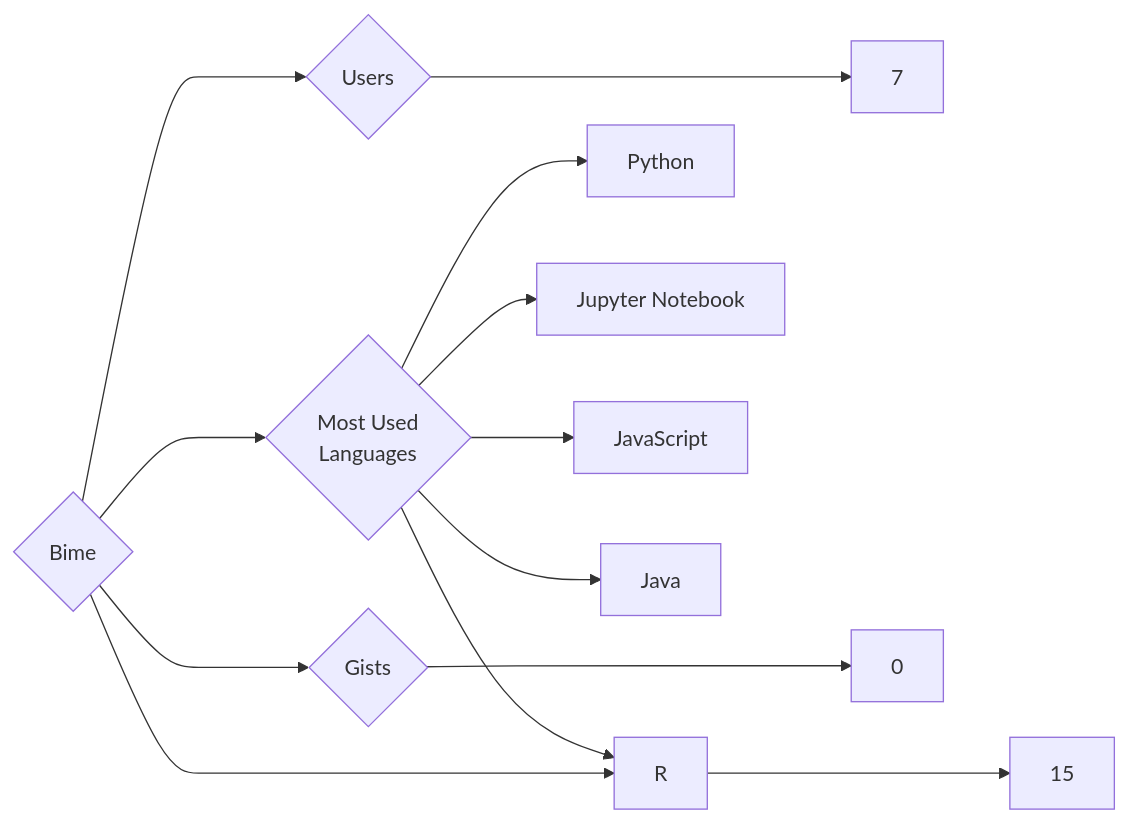
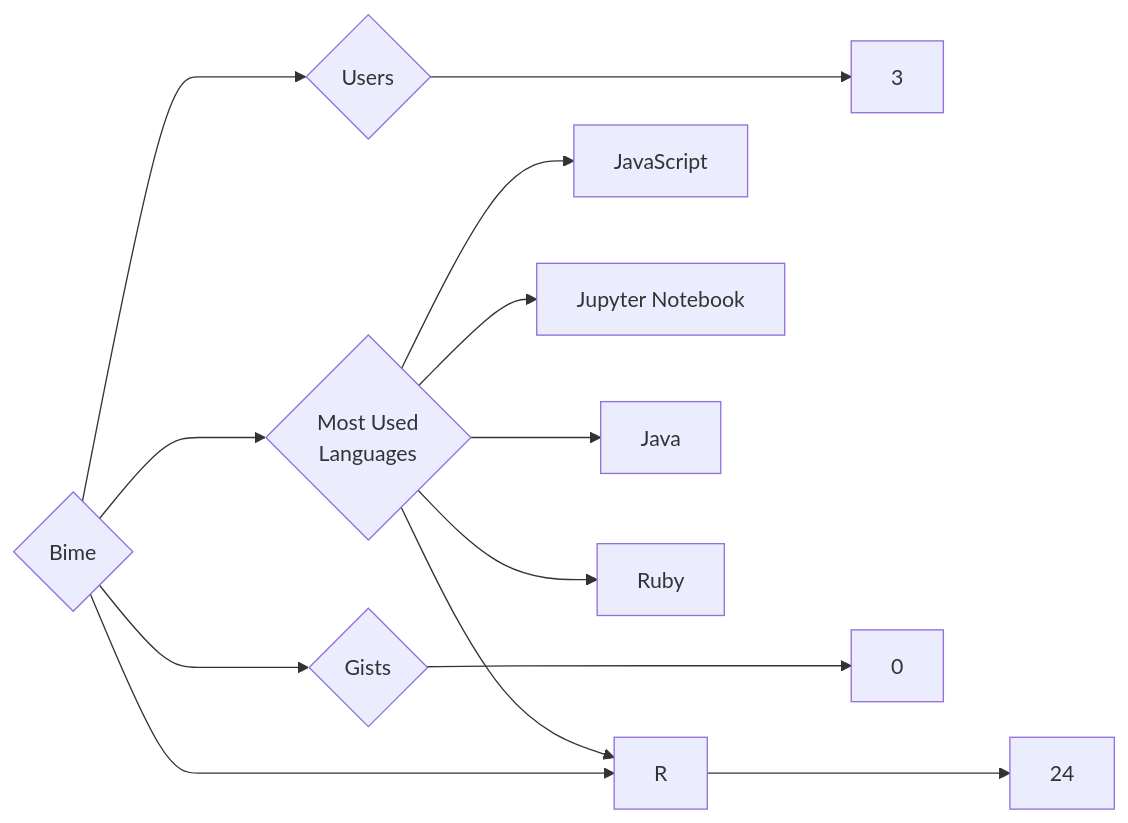
Before and after one commit to trickest/insiders: the diagram in targets/Bime/README.md, drawn with Mermaid. The commit also changed 1084 other files, not shown here.

````diff
--- a/targets/Bime/README.md
+++ b/targets/Bime/README.md
@@ -3,13 +3,13 @@
 ```mermaid
 graph LR
 COMPANY_NAME{Bime}
-COMPANY_NAME ---> U{Users} ---> UN[7]
-COMPANY_NAME ---> R{Repositories} ---> RN[15]
+COMPANY_NAME ---> U{Users} ---> UN[3]
+COMPANY_NAME ---> R{Repositories} ---> RN[24]
 COMPANY_NAME ---> G{Gists} ---> GN[0]
 COMPANY_NAME ---> ML{Most Used<br>Languages}
-ML --> Python[Python]
+ML --> JavaScript[JavaScript]
 ML --> Jupyter_Notebook[Jupyter Notebook]
-ML --> JavaScript[JavaScript]
+ML --> Java[Java]
+ML --> Ruby[Ruby]
 ML --> R[R]
-ML --> Java[Java]
 ```
````
